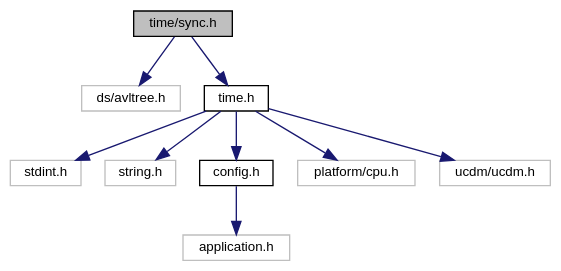
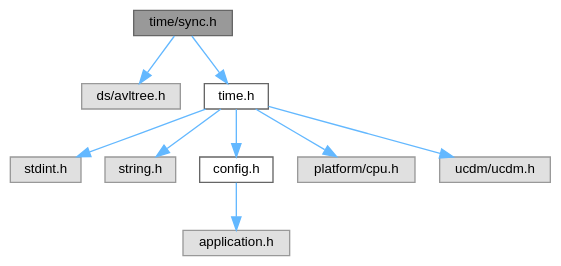
One commit to ebs-universe/piolib-time changed the diagram in sync_8h__incl.dot. Above: the diagram before and after it, drawn with Graphviz. The commit also changed 516 other files, not shown here.

```diff
--- a/sync_8h__incl.dot
+++ b/sync_8h__incl.dot
@@ -1,25 +1,25 @@
 digraph "time/sync.h"
 {
  // INTERACTIVE_SVG=YES
  // LATEX_PDF_SIZE
   bgcolor="transparent";
-  edge [fontname="Helvetica",fontsize="10",labelfontname="Helvetica",labelfontsize="10"];
-  node [fontname="Helvetica",fontsize="10",shape=record];
-  Node1 [label="time/sync.h",height=0.2,width=0.4,color="black", fillcolor="grey75", style="filled", fontcolor="black",tooltip="Time synchonization functions for embebedded systems."];
-  Node1 -> Node2 [color="midnightblue",fontsize="10",style="solid",fontname="Helvetica"];
-  Node2 [label="ds/avltree.h",height=0.2,width=0.4,color="grey75",tooltip=" "];
-  Node1 -> Node3 [color="midnightblue",fontsize="10",style="solid",fontname="Helvetica"];
-  Node3 [label="time.h",height=0.2,width=0.4,color="black",URL="$time_8h.html",tooltip="Time related functions for embebedded systems."];
-  Node3 -> Node4 [color="midnightblue",fontsize="10",style="solid",fontname="Helvetica"];
-  Node4 [label="stdint.h",height=0.2,width=0.4,color="grey75",tooltip=" "];
-  Node3 -> Node5 [color="midnightblue",fontsize="10",style="solid",fontname="Helvetica"];
-  Node5 [label="string.h",height=0.2,width=0.4,color="grey75",tooltip=" "];
-  Node3 -> Node6 [color="midnightblue",fontsize="10",style="solid",fontname="Helvetica"];
-  Node6 [label="config.h",height=0.2,width=0.4,color="black",URL="$config_8h_source.html",tooltip=" "];
-  Node6 -> Node7 [color="midnightblue",fontsize="10",style="solid",fontname="Helvetica"];
-  Node7 [label="application.h",height=0.2,width=0.4,color="grey75",tooltip=" "];
-  Node3 -> Node8 [color="midnightblue",fontsize="10",style="solid",fontname="Helvetica"];
-  Node8 [label="platform/cpu.h",height=0.2,width=0.4,color="grey75",tooltip=" "];
-  Node3 -> Node9 [color="midnightblue",fontsize="10",style="solid",fontname="Helvetica"];
-  Node9 [label="ucdm/ucdm.h",height=0.2,width=0.4,color="grey75",tooltip=" "];
+  edge [fontname=Helvetica,fontsize=10,labelfontname=Helvetica,labelfontsize=10];
+  node [fontname=Helvetica,fontsize=10,shape=box,height=0.2,width=0.4];
+  Node1 [id="Node000001",label="time/sync.h",height=0.2,width=0.4,color="gray40", fillcolor="grey60", style="filled", fontcolor="black",tooltip="Time synchonization functions for embebedded systems."];
+  Node1 -> Node2 [id="edge1_Node000001_Node000002",color="steelblue1",style="solid",tooltip=" "];
+  Node2 [id="Node000002",label="ds/avltree.h",height=0.2,width=0.4,color="grey60", fillcolor="#E0E0E0", style="filled",tooltip=" "];
+  Node1 -> Node3 [id="edge2_Node000001_Node000003",color="steelblue1",style="solid",tooltip=" "];
+  Node3 [id="Node000003",label="time.h",height=0.2,width=0.4,color="grey40", fillcolor="white", style="filled",URL="$time_8h.html",tooltip="Time related functions for embebedded systems."];
+  Node3 -> Node4 [id="edge3_Node000003_Node000004",color="steelblue1",style="solid",tooltip=" "];
+  Node4 [id="Node000004",label="stdint.h",height=0.2,width=0.4,color="grey60", fillcolor="#E0E0E0", style="filled",tooltip=" "];
+  Node3 -> Node5 [id="edge4_Node000003_Node000005",color="steelblue1",style="solid",tooltip=" "];
+  Node5 [id="Node000005",label="string.h",height=0.2,width=0.4,color="grey60", fillcolor="#E0E0E0", style="filled",tooltip=" "];
+  Node3 -> Node6 [id="edge5_Node000003_Node000006",color="steelblue1",style="solid",tooltip=" "];
+  Node6 [id="Node000006",label="config.h",height=0.2,width=0.4,color="grey40", fillcolor="white", style="filled",URL="$config_8h.html",tooltip=" "];
+  Node6 -> Node7 [id="edge6_Node000006_Node000007",color="steelblue1",style="solid",tooltip=" "];
+  Node7 [id="Node000007",label="application.h",height=0.2,width=0.4,color="grey60", fillcolor="#E0E0E0", style="filled",tooltip=" "];
+  Node3 -> Node8 [id="edge7_Node000003_Node000008",color="steelblue1",style="solid",tooltip=" "];
+  Node8 [id="Node000008",label="platform/cpu.h",height=0.2,width=0.4,color="grey60", fillcolor="#E0E0E0", style="filled",tooltip=" "];
+  Node3 -> Node9 [id="edge8_Node000003_Node000009",color="steelblue1",style="solid",tooltip=" "];
+  Node9 [id="Node000009",label="ucdm/ucdm.h",height=0.2,width=0.4,color="grey60", fillcolor="#E0E0E0", style="filled",tooltip=" "];
 }
```
